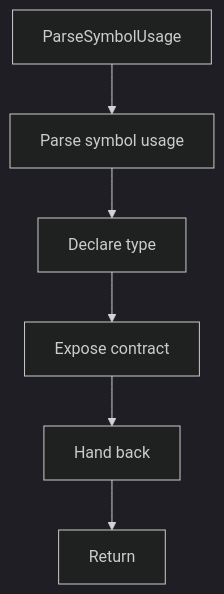
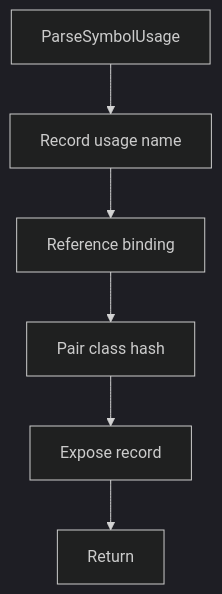
Before and after one commit to JohnAndrewBalbarosa/NeoTerritory: the diagram in docs/Codebase/Microservice/Modules/Header/Analysis/ImplementationUse/Binding/Symbols/Flow/functions/parsesymbolusage.hpp.md, drawn with Mermaid (dark theme). The commit also changed other lines of this file and 147 other files, not shown here.

````diff
--- a/docs/Codebase/Microservice/Modules/Header/Analysis/ImplementationUse/Binding/Symbols/Flow/functions/parsesymbolusage.hpp.md
+++ b/docs/Codebase/Microservice/Modules/Header/Analysis/ImplementationUse/Binding/Symbols/Flow/functions/parsesymbolusage.hpp.md
@@ -16,14 +24,14 @@
 ```mermaid
 flowchart TD
     Start["ParseSymbolUsage"]
-    N0["Parse symbol usage"]
-    N1["Declare type"]
-    N2["Expose contract"]
-    N3["Hand back"]
+    N0["Record usage name"]
+    N1["Reference binding"]
+    N2["Pair class hash"]
+    N3["Expose record"]
     End["Return"]
     Start --> N0
     N0 --> N1
     N1 --> N2
     N2 --> N3
     N3 --> End
 ```
````
